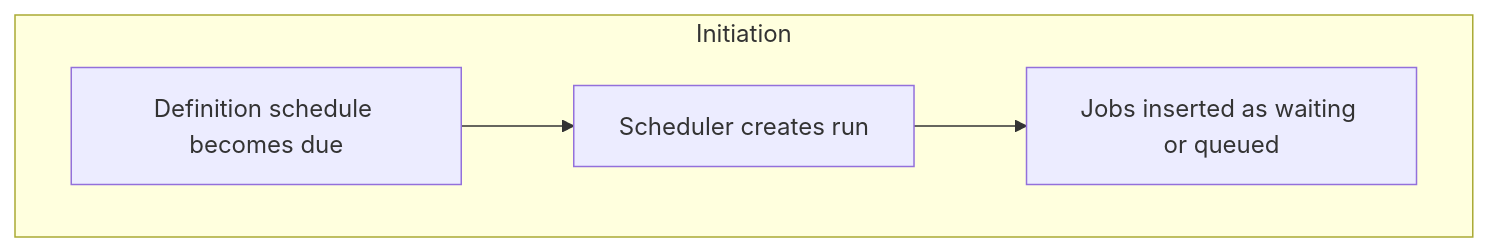
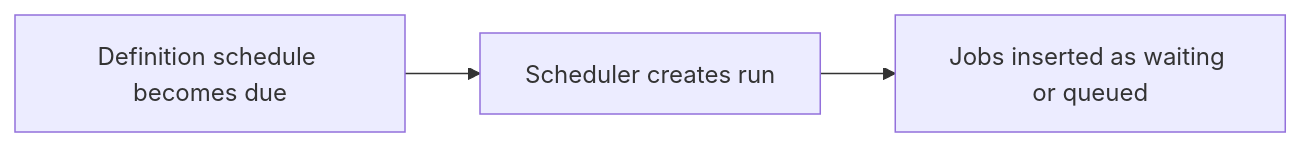
One commit to edkuperman/chronosched changed the third of 6 diagrams in README.md. Above: the diagram before and after it, drawn with Mermaid. The commit also changed other lines of this file, not shown here.

````diff
--- a/README.md
+++ b/README.md
@@ -243,8 +247,5 @@
 ```mermaid
 flowchart LR
-    subgraph Phase1 [Initiation]
-        direction LR
-        Due[Definition schedule becomes due] --> Scheduler[Scheduler creates run]
-        Scheduler --> Waiting[Jobs inserted as waiting or queued]
-    end
+    Due[Definition schedule becomes due] --> Scheduler[Scheduler creates run]
+    Scheduler --> Waiting[Jobs inserted as waiting or queued]
 ```
````
